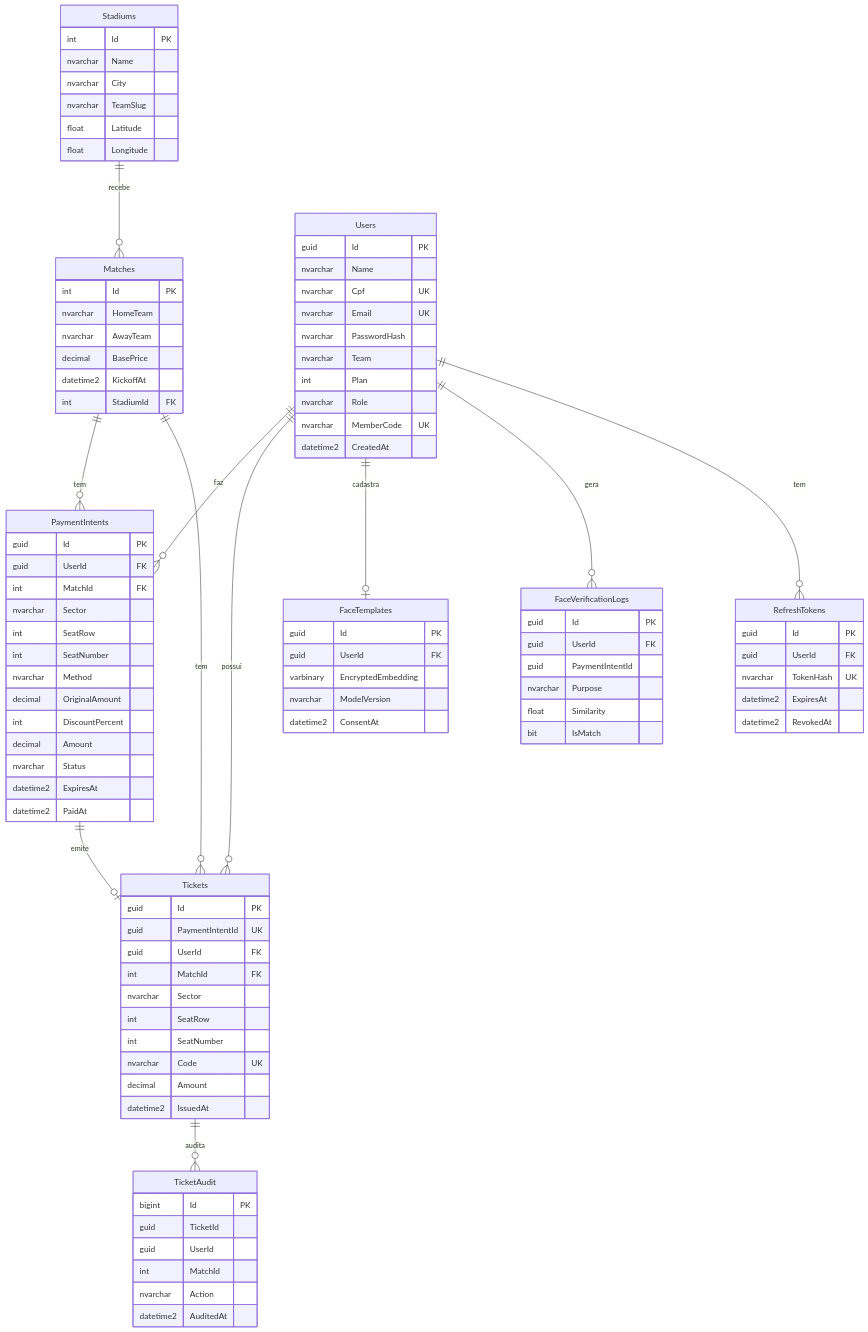
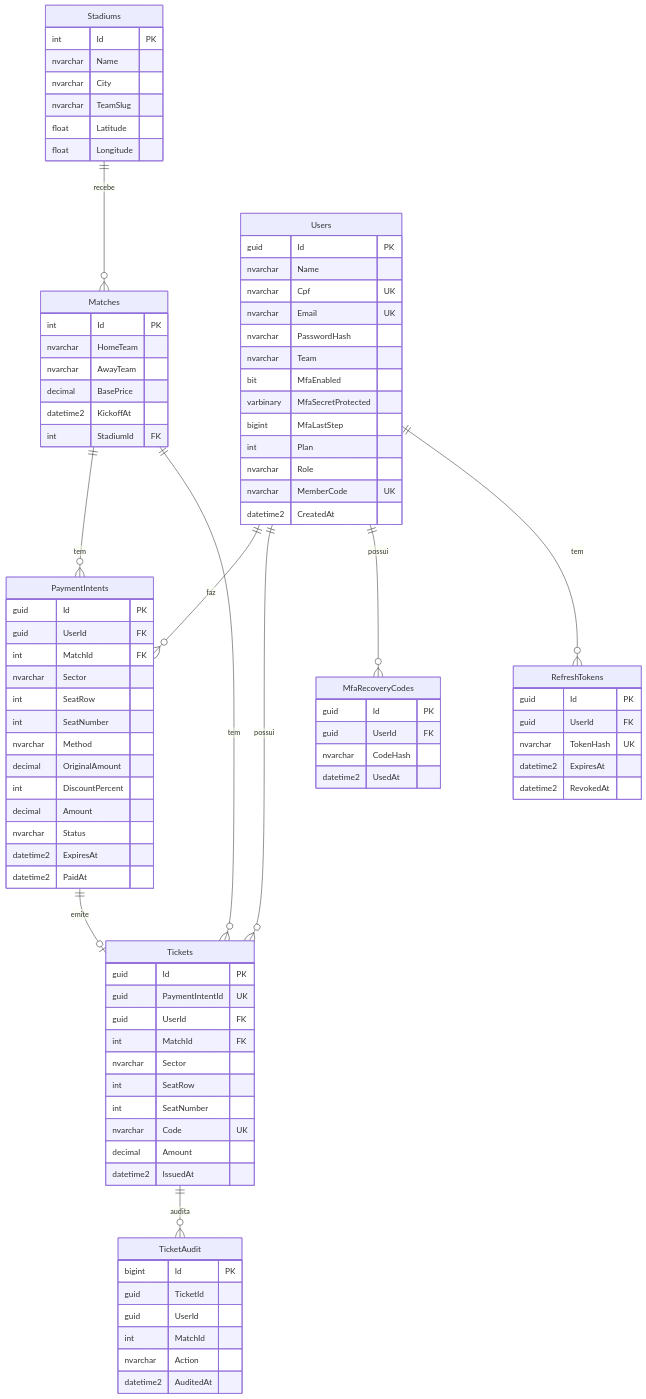
One commit to Mateusdohi/PIM-final-web changed the diagram in PIM-FINAL2026-main/banco/04-modelo-logico-fisico-MER.md. Above: the diagram before and after it, drawn with Mermaid. The commit also changed other lines of this file and 100 other files, not shown here.

```diff
--- a/PIM-FINAL2026-main/banco/04-modelo-logico-fisico-MER.md
+++ b/PIM-FINAL2026-main/banco/04-modelo-logico-fisico-MER.md
@@ -14,8 +14,7 @@
     Matches ||--o{ Tickets : "tem"
     Users ||--o{ PaymentIntents : "faz"
     Users ||--o{ Tickets : "possui"
-    Users ||--o| FaceTemplates : "cadastra"
-    Users ||--o{ FaceVerificationLogs : "gera"
+    Users ||--o{ MfaRecoveryCodes : "possui"
     Users ||--o{ RefreshTokens : "tem"
     PaymentIntents ||--o| Tickets : "emite"
     Tickets ||--o{ TicketAudit : "audita"
@@ -43,6 +42,9 @@
         nvarchar Email UK
         nvarchar PasswordHash
         nvarchar Team
+        bit MfaEnabled
+        varbinary MfaSecretProtected
+        bigint MfaLastStep
         int Plan
         nvarchar Role
         nvarchar MemberCode UK
@@ -75,20 +77,11 @@
         decimal Amount
         datetime2 IssuedAt
     }
-    FaceTemplates {
+    MfaRecoveryCodes {
         guid Id PK
         guid UserId FK
-        varbinary EncryptedEmbedding
-        nvarchar ModelVersion
-        datetime2 ConsentAt
-    }
-    FaceVerificationLogs {
-        guid Id PK
-        guid UserId FK
-        guid PaymentIntentId
-        nvarchar Purpose
-        float Similarity
-        bit IsMatch
+        nvarchar CodeHash
+        datetime2 UsedAt
     }
     RefreshTokens {
         guid Id PK
```
